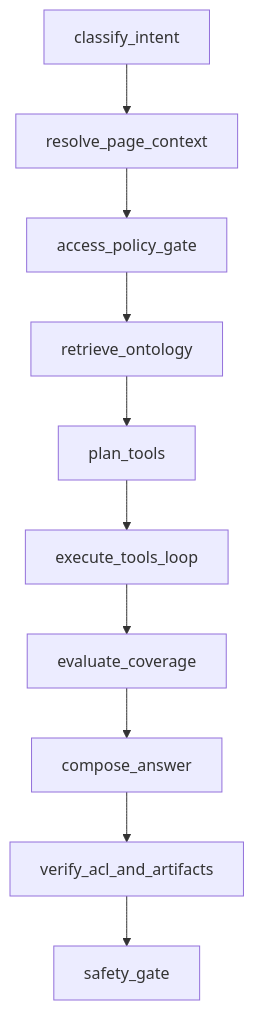
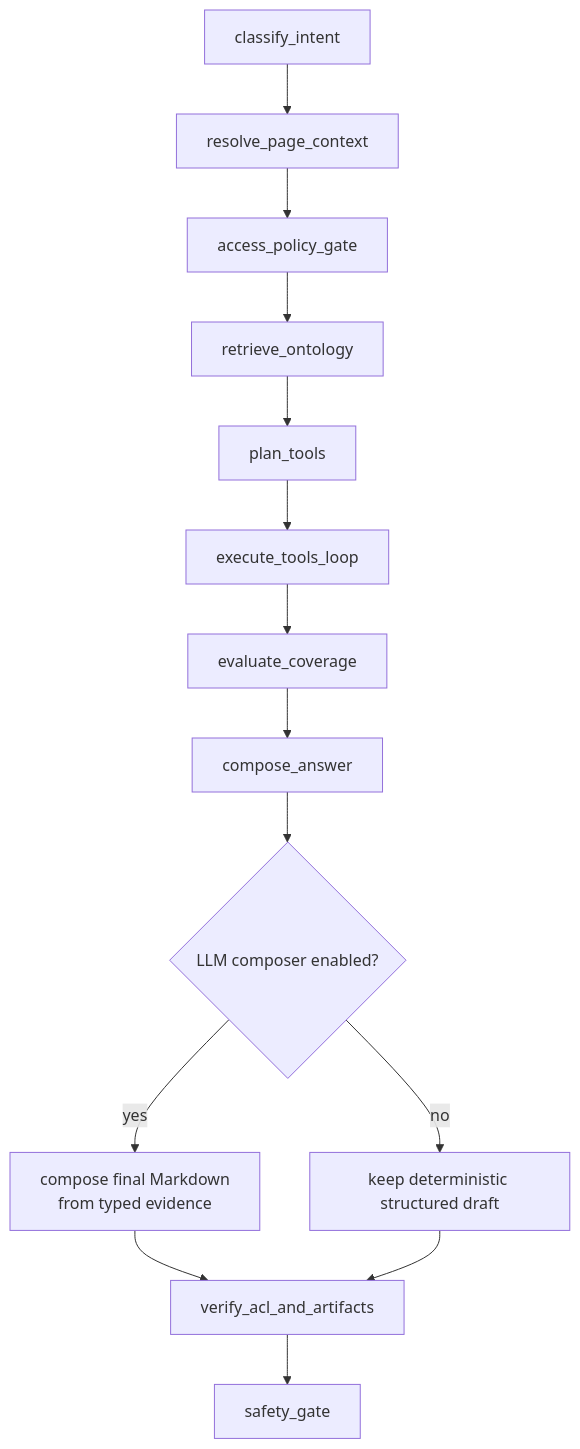
The first of 2 diagrams in data/boi/public/boi-wiki-manual/agent/native-boi-agent-tool-loop.md (chokukil/boi-wiki), drawn with Mermaid before and after one commit. The commit also changed other lines of this file and 8 other files, not shown here.

Commit message:
Add LLM composer for Native BoI Agent answers

````diff
--- a/data/boi/public/boi-wiki-manual/agent/native-boi-agent-tool-loop.md
+++ b/data/boi/public/boi-wiki-manual/agent/native-boi-agent-tool-loop.md
@@ -34,12 +34,16 @@
 ```mermaid
 flowchart TD
   A["classify_intent"] --> B["resolve_page_context"]
   B --> ACL["access_policy_gate"]
   ACL --> C["retrieve_ontology"]
   C --> D["plan_tools"]
   D --> E["execute_tools_loop"]
   E --> F["evaluate_coverage"]
   F --> G["compose_answer"]
-  G --> H["verify_acl_and_artifacts"]
+  G --> LC{"LLM composer enabled?"}
+  LC -->|yes| LLM["compose final Markdown<br/>from typed evidence"]
+  LC -->|no| DET["keep deterministic structured draft"]
+  LLM --> H["verify_acl_and_artifacts"]
+  DET --> H
   H --> I["safety_gate"]
 ```
````
